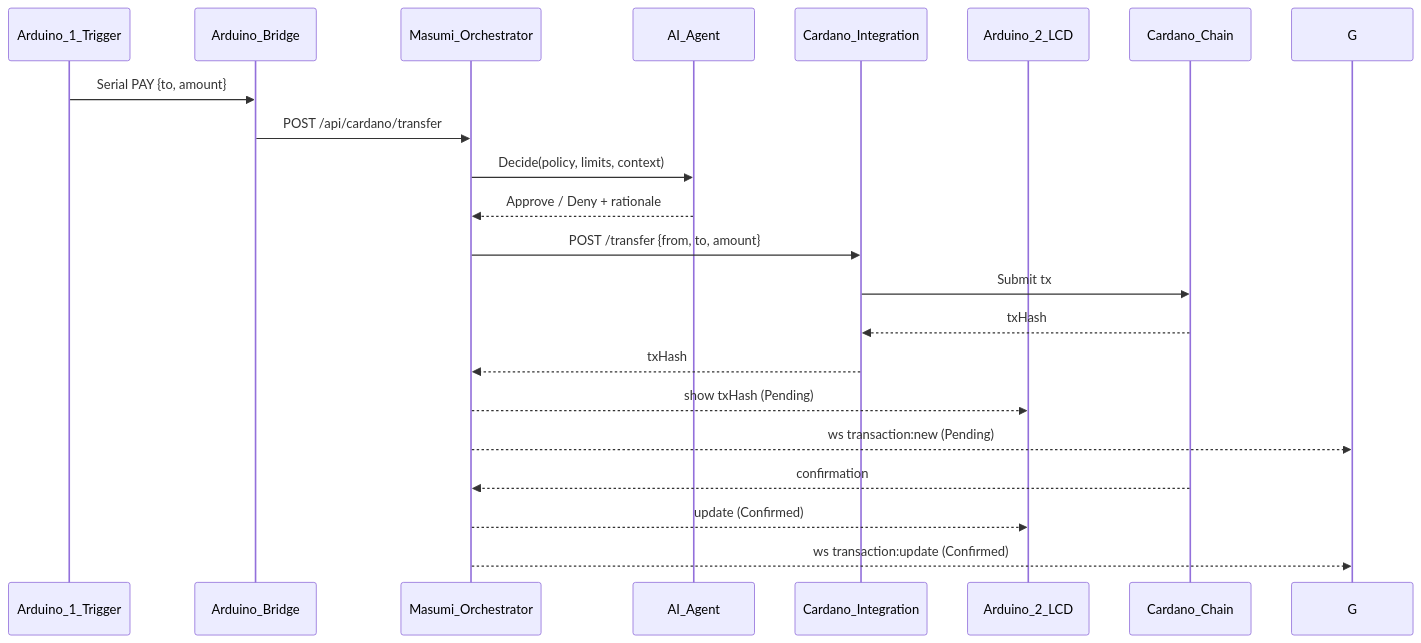
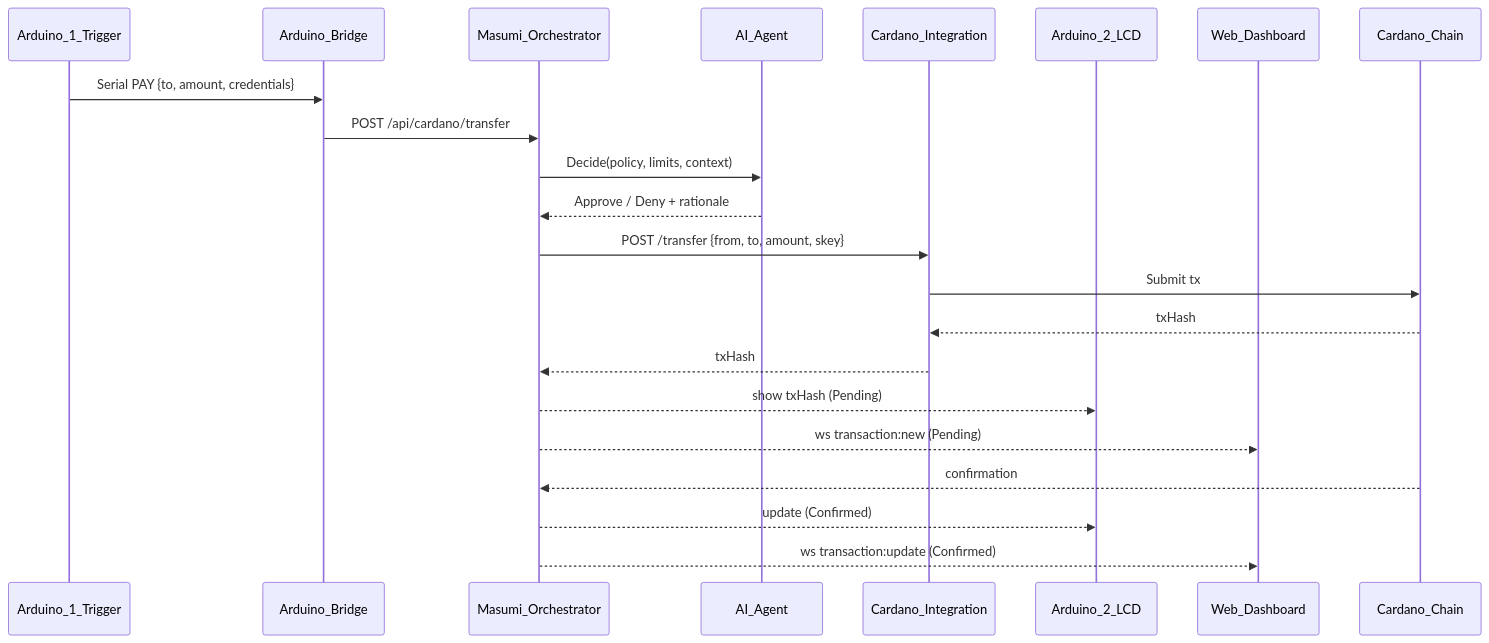
One commit to DhanushKenkiri/IndiaCodexHackathon--25-Submission changed the second of 3 diagrams in arduino-brisumi-satoshi-real-system/README.md. Above: the diagram before and after it, drawn with Mermaid. The commit also changed other lines of this file, not shown here.

````diff
--- a/arduino-brisumi-satoshi-real-system/README.md
+++ b/arduino-brisumi-satoshi-real-system/README.md
@@ -65,24 +102,25 @@
 ```mermaid
 sequenceDiagram
-    participant A as Arduino_1_Trigger
-    participant B as Arduino_Bridge
-    participant M as Masumi_Orchestrator
-    participant AI as AI_Agent
-    participant C as Cardano_Integration
-    participant L as Arduino_2_LCD
-    participant CH as Cardano_Chain
+    participant Trigger as Arduino_1_Trigger
+    participant Bridge as Arduino_Bridge
+    participant Masumi as Masumi_Orchestrator
+    participant Agent as AI_Agent
+    participant CardanoSvc as Cardano_Integration
+    participant LCD as Arduino_2_LCD
+    participant Dashboard as Web_Dashboard
+    participant Chain as Cardano_Chain
 
-    A->>B: Serial PAY {to, amount}
-    B->>M: POST /api/cardano/transfer
-    M->>AI: Decide(policy, limits, context)
-    AI-->>M: Approve / Deny + rationale
-    M->>C: POST /transfer {from, to, amount}
-    C->>CH: Submit tx
-    CH-->>C: txHash
-    C-->>M: txHash
-    M-->>L: show txHash (Pending)
-    M-->>G: ws transaction:new (Pending)
-    CH-->>M: confirmation
-    M-->>L: update (Confirmed)
-    M-->>G: ws transaction:update (Confirmed)
+    Trigger->>Bridge: Serial PAY {to, amount, credentials}
+    Bridge->>Masumi: POST /api/cardano/transfer
+    Masumi->>Agent: Decide(policy, limits, context)
+    Agent-->>Masumi: Approve / Deny + rationale
+    Masumi->>CardanoSvc: POST /transfer {from, to, amount, skey}
+    CardanoSvc->>Chain: Submit tx
+    Chain-->>CardanoSvc: txHash
+    CardanoSvc-->>Masumi: txHash
+    Masumi-->>LCD: show txHash (Pending)
+    Masumi-->>Dashboard: ws transaction:new (Pending)
+    Chain-->>Masumi: confirmation
+    Masumi-->>LCD: update (Confirmed)
+    Masumi-->>Dashboard: ws transaction:update (Confirmed)
 ```
````
